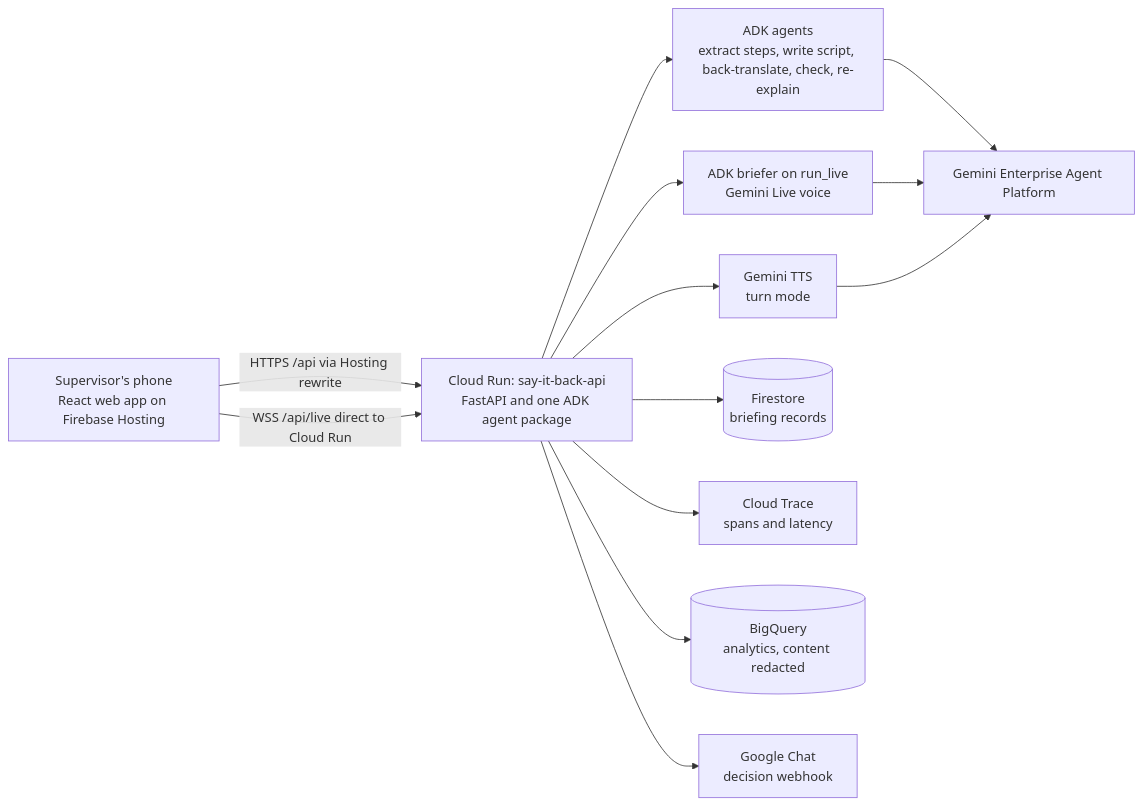
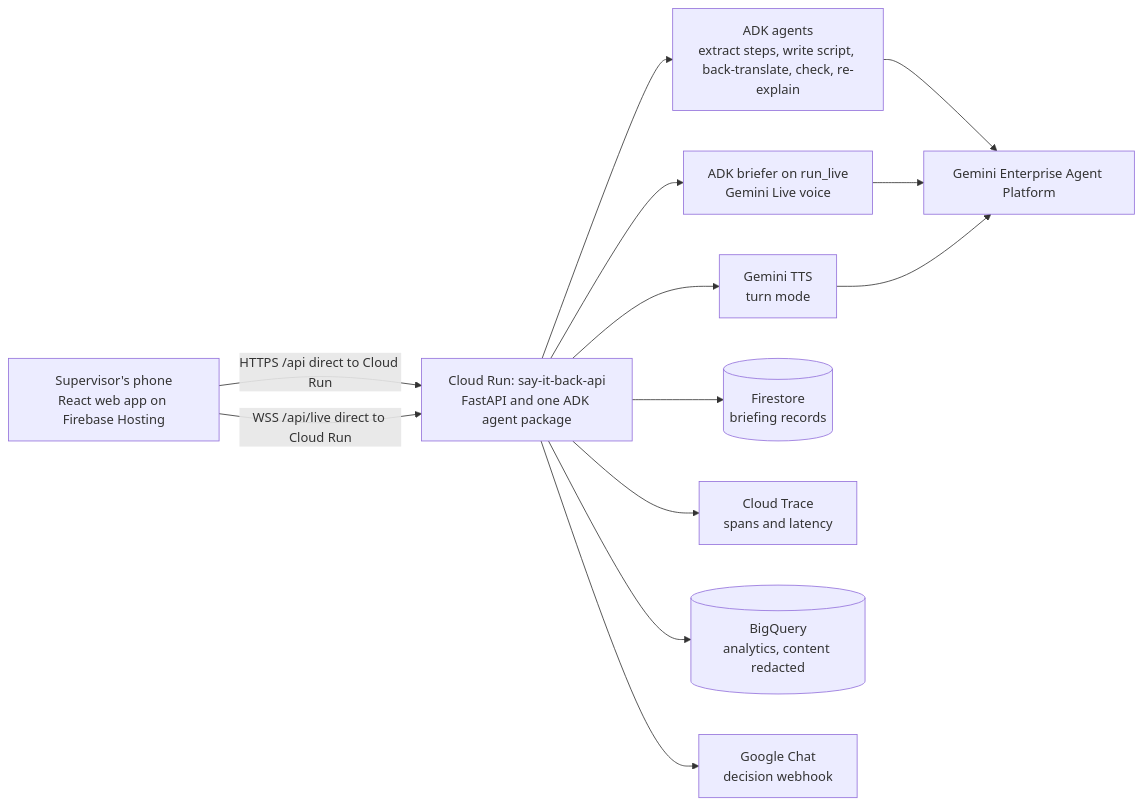
Before and after one commit to Hari-code-clips/say-it-back: the diagram in README.md, drawn with Mermaid. The commit also changed other lines of this file and 164 other files, not shown here.

````diff
--- a/README.md
+++ b/README.md
@@ -18,26 +18,26 @@
 ```mermaid
 flowchart LR
   phone["Supervisor's phone<br/>React web app on Firebase Hosting"]
   api["Cloud Run: say-it-back-api<br/>FastAPI and one ADK agent package"]
   agents["ADK agents<br/>extract steps, write script, back-translate, check, re-explain"]
   briefer["ADK briefer on run_live<br/>Gemini Live voice"]
   tts["Gemini TTS<br/>turn mode"]
   platform["Gemini Enterprise Agent Platform"]
   fs[("Firestore<br/>briefing records")]
   trace["Cloud Trace<br/>spans and latency"]
   bq[("BigQuery<br/>analytics, content redacted")]
   chat["Google Chat<br/>decision webhook"]
 
-  phone -- "HTTPS /api via Hosting rewrite" --> api
+  phone -- "HTTPS /api direct to Cloud Run" --> api
   phone -- "WSS /api/live direct to Cloud Run" --> api
   api --> agents
   api --> briefer
   api --> tts
   agents --> platform
   briefer --> platform
   tts --> platform
   api --> fs
   api --> trace
   api --> bq
   api --> chat
 ```
````
